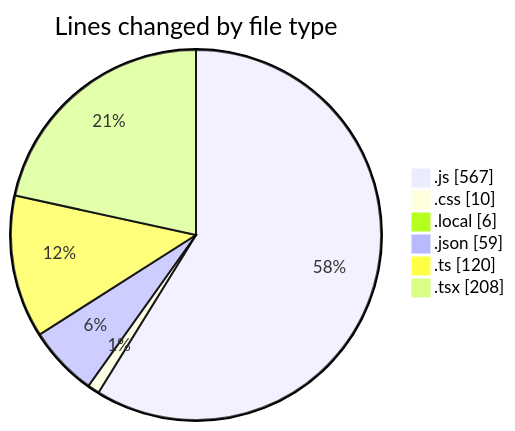
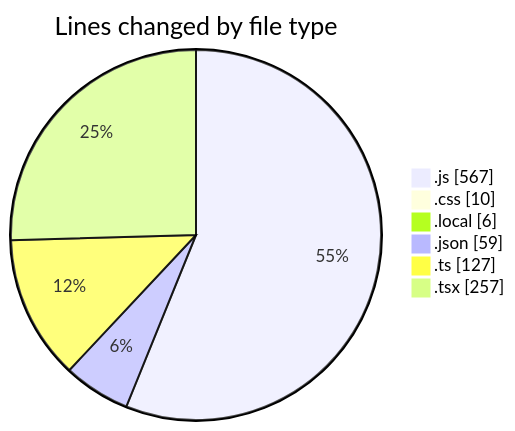
The first of 2 diagrams in 2025-05-04/houserentalservice/README.md (Ritupan-Deka/code-tracking), drawn with Mermaid before and after one commit. The commit also changed other lines of this file and 1 other file, not shown here.

````diff
--- a/2025-05-04/houserentalservice/README.md
+++ b/2025-05-04/houserentalservice/README.md
@@ -50,10 +50,10 @@
 ```mermaid
 pie showData
 title Lines changed by file type
 ".js" : 567
 ".css" : 10
 ".local" : 6
 ".json" : 59
-".ts" : 120
-".tsx" : 208
+".ts" : 127
+".tsx" : 257
 ```
````
